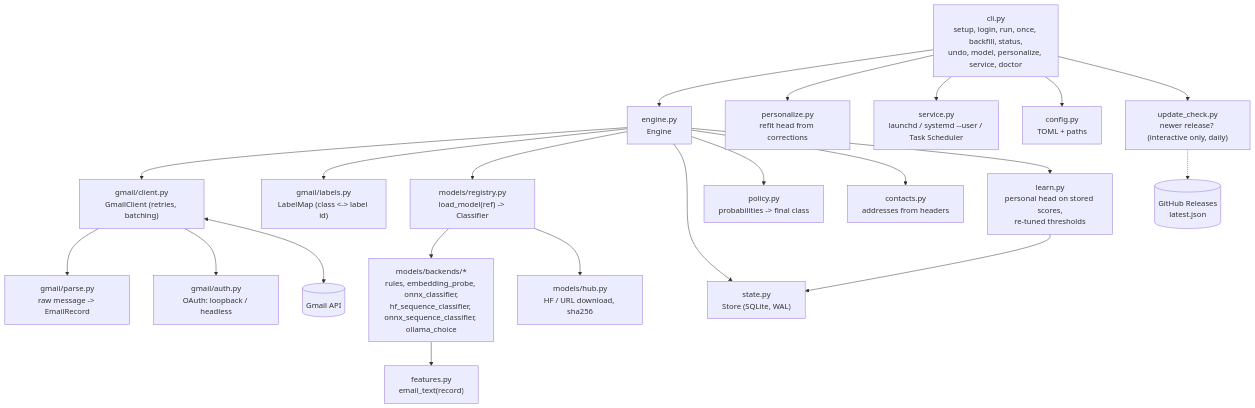
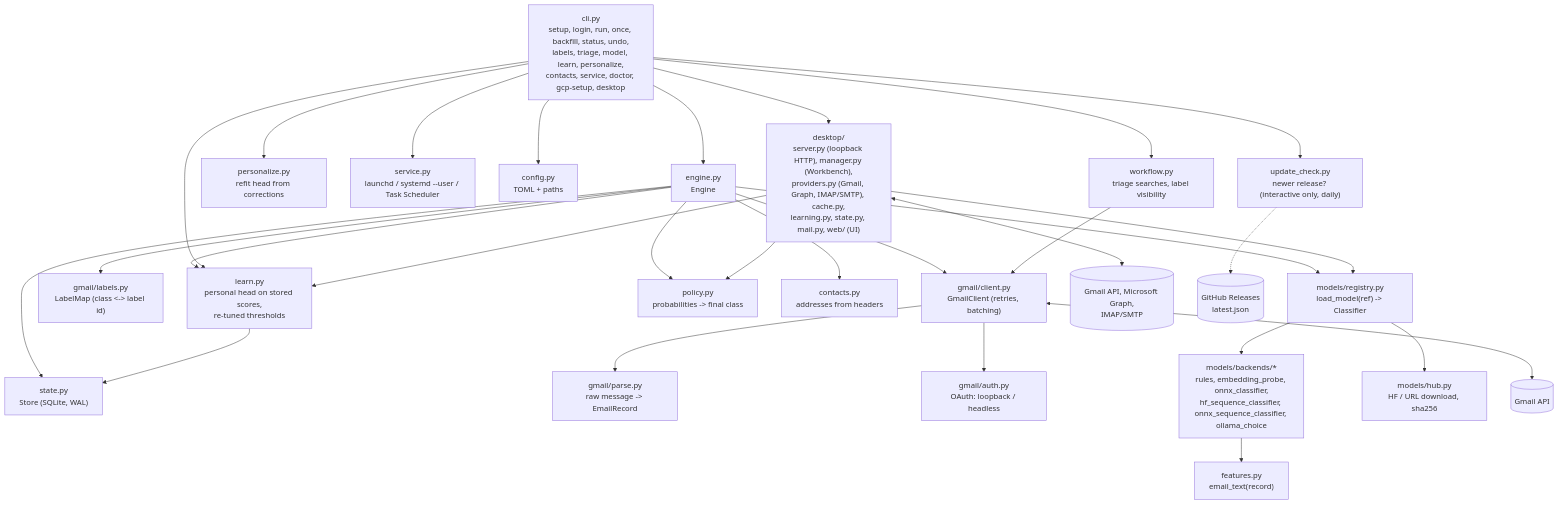
Before and after one commit to scamai/email-town-labeler: the first of 2 diagrams in docs/architecture.md, drawn with Mermaid. The commit also changed 10 other files, not shown here.

````diff
--- a/docs/architecture.md
+++ b/docs/architecture.md
@@ -8,24 +8,32 @@
 ```mermaid
 flowchart TB
-  cli["cli.py<br/>setup, login, run, once, backfill, status,<br/>undo, model, personalize, service, doctor"]
+  cli["cli.py<br/>setup, login, run, once, backfill, status, undo,<br/>labels, triage, model, learn, personalize,<br/>contacts, service, doctor, gcp-setup, desktop"]
   cli --> eng["engine.py<br/>Engine"]
   eng --> gc["gmail/client.py<br/>GmailClient (retries, batching)"]
   eng --> lm["gmail/labels.py<br/>LabelMap (class <-> label id)"]
   eng --> mdl["models/registry.py<br/>load_model(ref) -> Classifier"]
   eng --> st["state.py<br/>Store (SQLite, WAL)"]
   eng --> pol["policy.py<br/>probabilities -> final class"]
   eng --> con["contacts.py<br/>addresses from headers"]
   gc --> parse["gmail/parse.py<br/>raw message -> EmailRecord"]
   gc --> auth["gmail/auth.py<br/>OAuth: loopback / headless"]
   mdl --> be["models/backends/*<br/>rules, embedding_probe, onnx_classifier,<br/>hf_sequence_classifier, onnx_sequence_classifier, ollama_choice"]
   mdl --> hub["models/hub.py<br/>HF / URL download, sha256"]
   be --> feat["features.py<br/>email_text(record)"]
   eng --> lrn["learn.py<br/>personal head on stored scores,<br/>re-tuned thresholds"]
   lrn --> st
+  cli --> lrn
   cli --> pers["personalize.py<br/>refit head from corrections"]
   cli --> svc["service.py<br/>launchd / systemd --user / Task Scheduler"]
   cli --> cfg["config.py<br/>TOML + paths"]
   cli --> upd["update_check.py<br/>newer release? (interactive only, daily)"]
+  cli --> wf["workflow.py<br/>triage searches, label visibility"]
+  wf --> gc
+  cli --> desk["desktop/<br/>server.py (loopback HTTP), manager.py (Workbench),<br/>providers.py (Gmail, Graph, IMAP/SMTP), cache.py,<br/>learning.py, state.py, mail.py, web/ (UI)"]
+  desk --> mdl
+  desk --> pol
+  desk --> lrn
   gc <--> G[("Gmail API")]
+  desk <--> P[("Gmail API, Microsoft Graph,<br/>IMAP/SMTP")]
   upd -.-> R[("GitHub Releases<br/>latest.json")]
 ```
````
